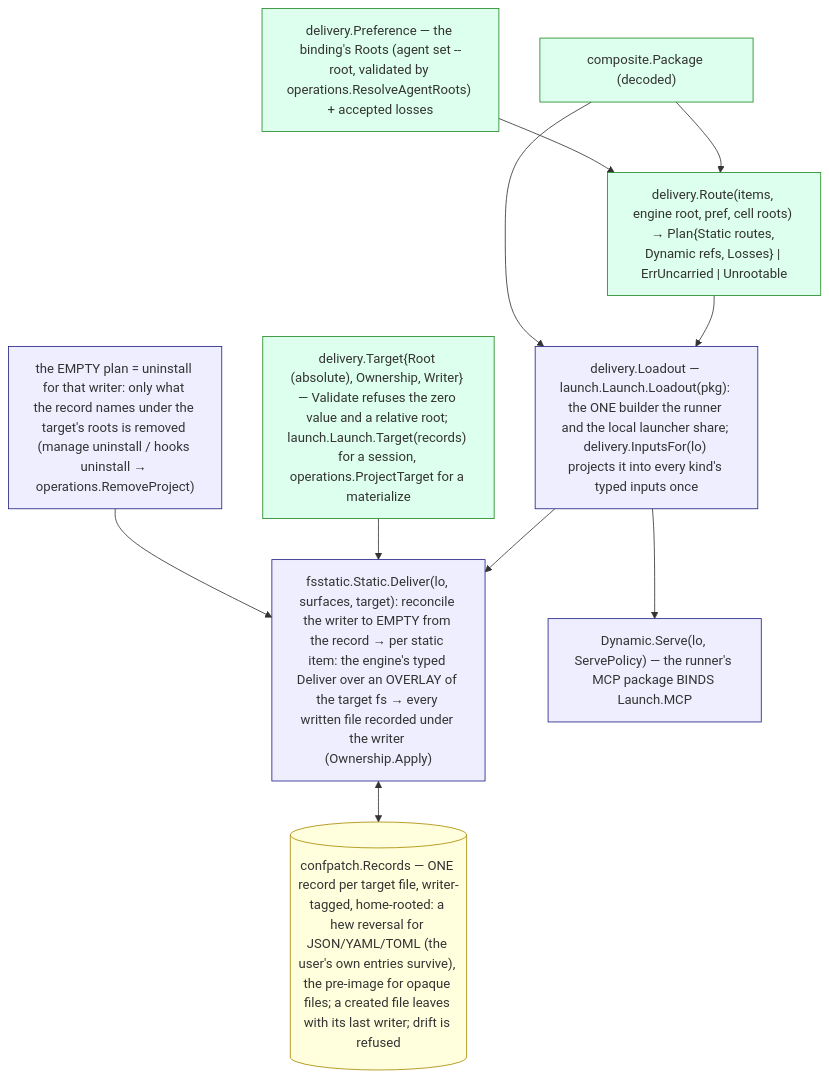
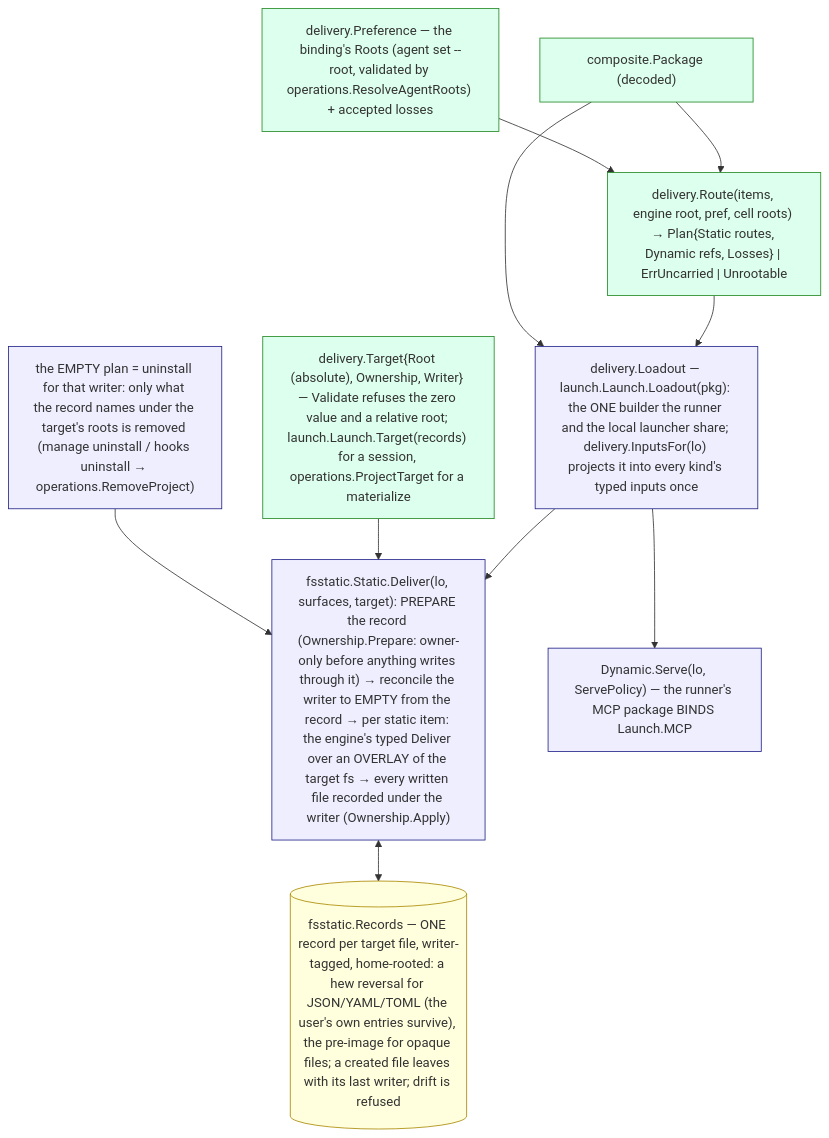
Before and after one commit to ctxloom/ctxloom: the diagram in docs/architecture/core/delivery.md, drawn with Mermaid. The commit also changed other lines of this file and 9 other files, not shown here.

First line of the commit message:
fix(delivery): Deliver prepares the ownership record before any write

````diff
--- a/docs/architecture/core/delivery.md
+++ b/docs/architecture/core/delivery.md
@@ -12,26 +12,26 @@
 ```mermaid
 flowchart TB
     classDef decide fill:#dfe,stroke:#282
     classDef consume fill:#eef,stroke:#228
     classDef store fill:#ffd,stroke:#a80
 
     PKG["composite.Package (decoded)"]:::decide
     PREF["delivery.Preference — the binding's Roots (agent set --root, validated by operations.ResolveAgentRoots) + accepted losses"]:::decide
     ROUTE["delivery.Route(items, engine root, pref, cell roots) → Plan{Static routes, Dynamic refs, Losses} | ErrUncarried | Unrootable"]:::decide
     LO["delivery.Loadout — launch.Launch.Loadout(pkg): the ONE builder the runner and the local launcher share; delivery.InputsFor(lo) projects it into every kind's typed inputs once"]:::consume
     TGT["delivery.Target{Root (absolute), Ownership, Writer} — Validate refuses the zero value and a relative root; launch.Launch.Target(records) for a session, operations.ProjectTarget for a materialize"]:::decide
-    STATIC["fsstatic.Static.Deliver(lo, surfaces, target): reconcile the writer to EMPTY from the record → per static item: the engine's typed Deliver over an OVERLAY of the target fs → every written file recorded under the writer (Ownership.Apply)"]:::consume
-    REC[("confpatch.Records — ONE record per target file, writer-tagged, home-rooted: a hew reversal for JSON/YAML/TOML (the user's own entries survive), the pre-image for opaque files; a created file leaves with its last writer; drift is refused")]:::store
+    STATIC["fsstatic.Static.Deliver(lo, surfaces, target): PREPARE the record (Ownership.Prepare: owner-only before anything writes through it) → reconcile the writer to EMPTY from the record → per static item: the engine's typed Deliver over an OVERLAY of the target fs → every written file recorded under the writer (Ownership.Apply)"]:::consume
+    REC[("fsstatic.Records — ONE record per target file, writer-tagged, home-rooted: a hew reversal for JSON/YAML/TOML (the user's own entries survive), the pre-image for opaque files; a created file leaves with its last writer; drift is refused")]:::store
     DYN["Dynamic.Serve(lo, ServePolicy) — the runner's MCP package BINDS Launch.MCP"]:::consume
     EMPTY["the EMPTY plan = uninstall for that writer: only what the record names under the target's roots is removed (manage uninstall / hooks uninstall → operations.RemoveProject)"]:::consume
 
     PKG --> ROUTE
     PREF --> ROUTE
     ROUTE --> LO
     PKG --> LO
     LO --> STATIC
     TGT --> STATIC
     STATIC <--> REC
     LO --> DYN
     EMPTY --> STATIC
 ```
````
